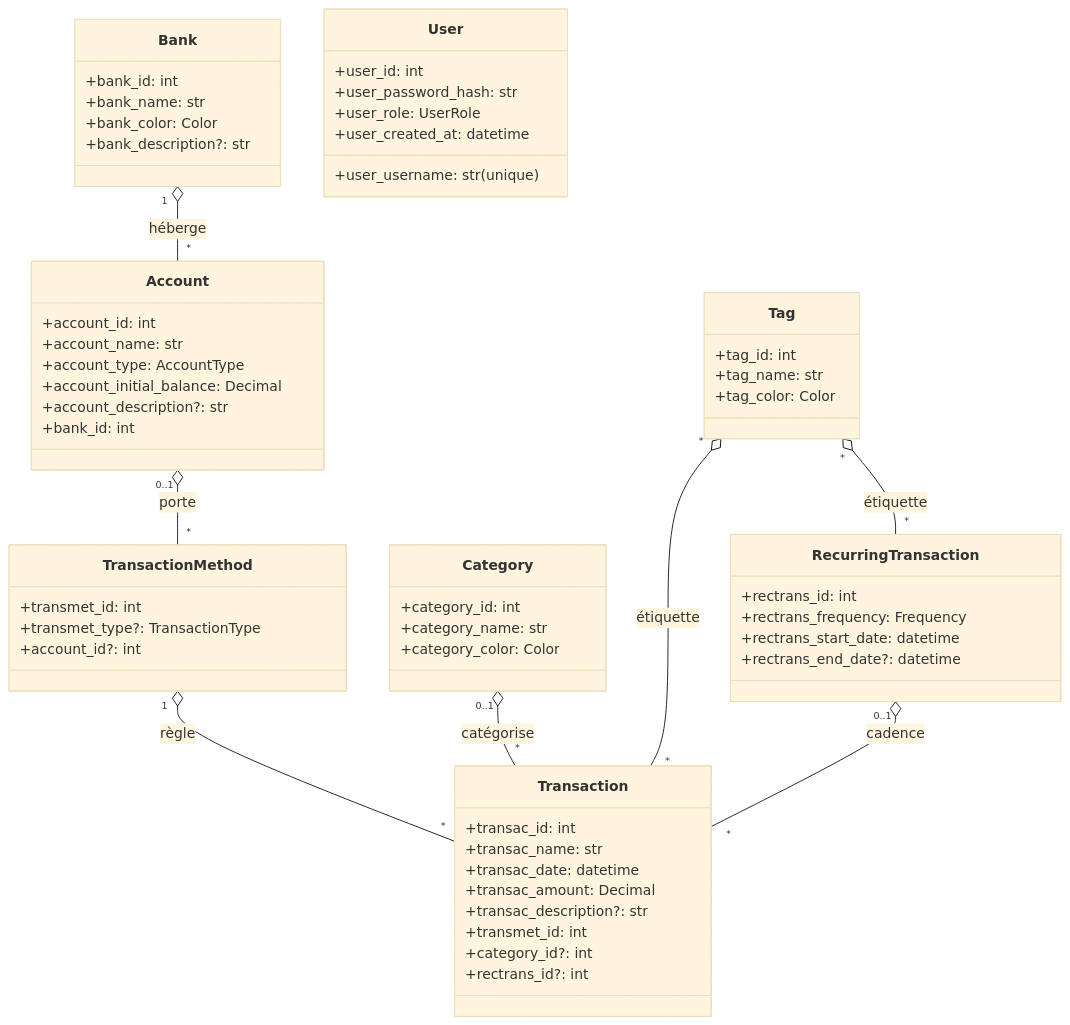
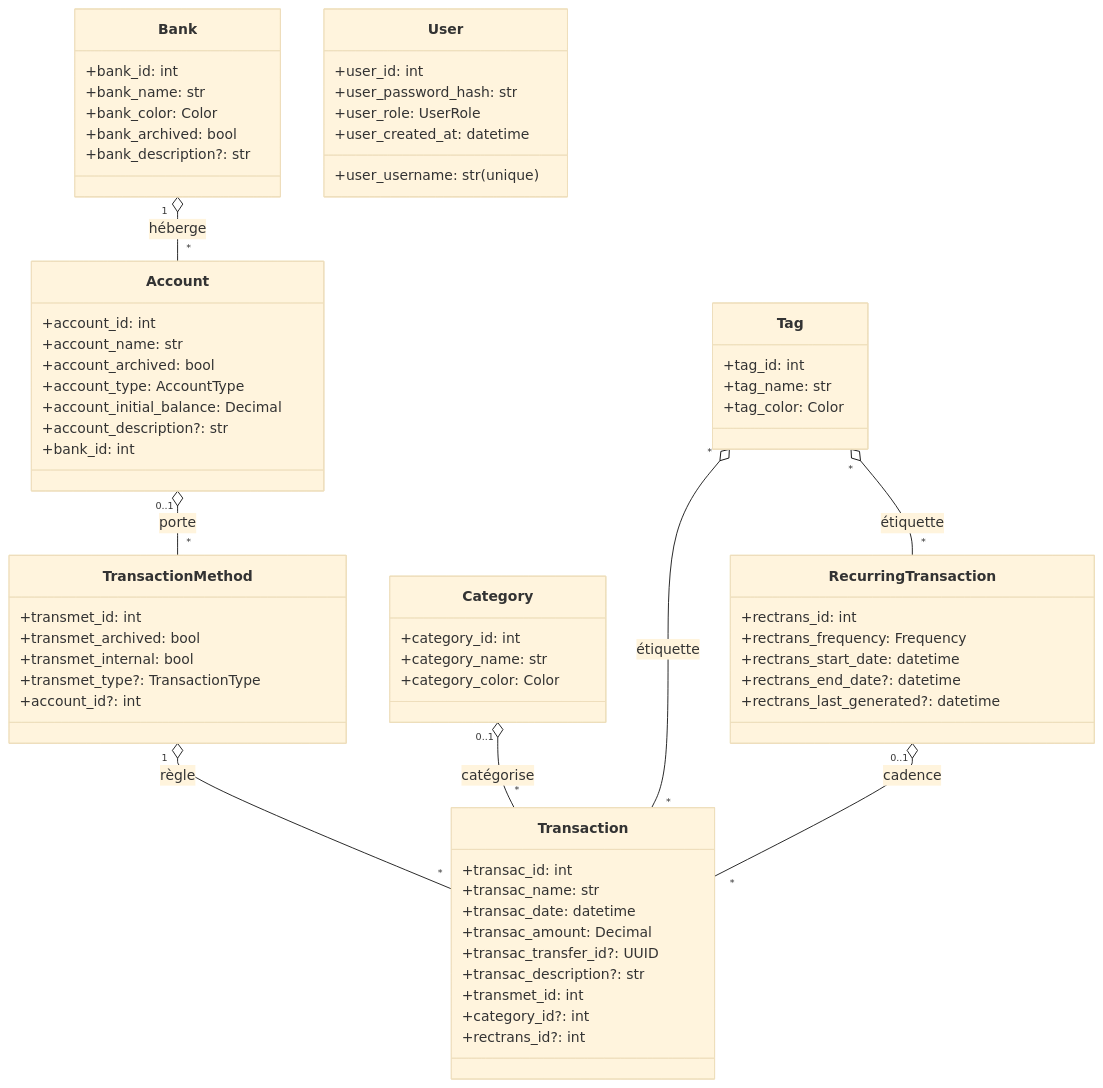
Before and after one commit to Actarus35/ActaBank: the diagram in backend/README.md, drawn with Mermaid (base theme). The commit also changed other lines of this file and 10 other files, not shown here.

````diff
--- a/backend/README.md
+++ b/backend/README.md
@@ -102,63 +122,69 @@
 ```mermaid
 classDiagram
     Bank "1" o-- "*" Account : héberge
     Account "0..1" o-- "*" TransactionMethod : porte
     TransactionMethod "1" o-- "*" Transaction : règle
     Category "0..1" o-- "*" Transaction : catégorise
     Tag "*" o-- "*" Transaction : étiquette
     Tag "*" o-- "*" RecurringTransaction : étiquette
     RecurringTransaction "0..1" o-- "*" Transaction : cadence
 
     class User {
       +user_id: int
       +user_username: str (unique)
       +user_password_hash: str
       +user_role: UserRole
       +user_created_at: datetime
     }
     class Bank {
       +bank_id: int
       +bank_name: str
       +bank_color: Color
+      +bank_archived: bool
       +bank_description?: str
     }
     class Account {
       +account_id: int
       +account_name: str
+      +account_archived: bool
       +account_type: AccountType
       +account_initial_balance: Decimal
       +account_description?: str
       +bank_id: int
     }
     class TransactionMethod {
       +transmet_id: int
+      +transmet_archived: bool
+      +transmet_internal: bool
       +transmet_type?: TransactionType
       +account_id?: int
     }
     class Transaction {
       +transac_id: int
       +transac_name: str
       +transac_date: datetime
       +transac_amount: Decimal
+      +transac_transfer_id?: UUID
       +transac_description?: str
       +transmet_id: int
       +category_id?: int
       +rectrans_id?: int
     }
     class Category {
       +category_id: int
       +category_name: str
       +category_color: Color
     }
     class Tag {
       +tag_id: int
       +tag_name: str
       +tag_color: Color
     }
     class RecurringTransaction {
       +rectrans_id: int
       +rectrans_frequency: Frequency
       +rectrans_start_date: datetime
       +rectrans_end_date?: datetime
+      +rectrans_last_generated?: datetime
     }
 ```
````
